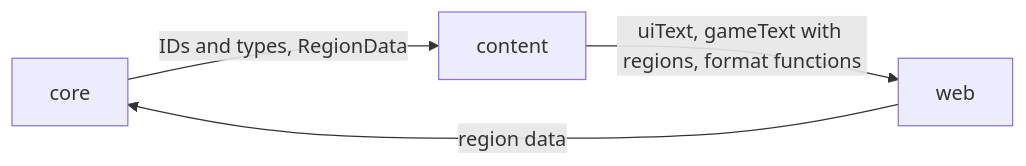
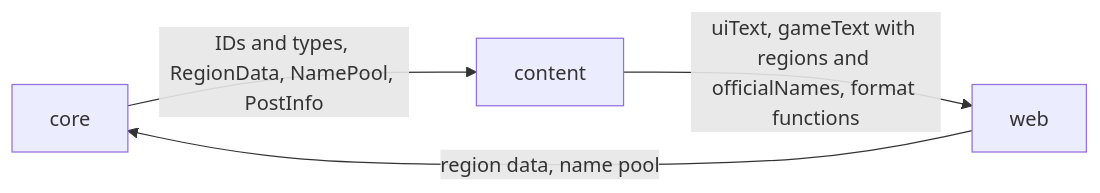
Before and after one commit to dcheng1248/agent-harness-test: the diagram in packages/content/ARCHITECTURE.md, drawn with Mermaid. The commit also changed other lines of this file and 9 other files, not shown here.

````diff
--- a/packages/content/ARCHITECTURE.md
+++ b/packages/content/ARCHITECTURE.md
@@ -9,6 +9,6 @@
 ```mermaid
 flowchart LR
-  core -->|IDs and types, RegionData| content
-  content -->|uiText, gameText with regions, format functions| web
-  web -->|region data| core
+  core -->|IDs and types, RegionData, NamePool, PostInfo| content
+  content -->|uiText, gameText with regions and officialNames, format functions| web
+  web -->|region data, name pool| core
 ```
````
